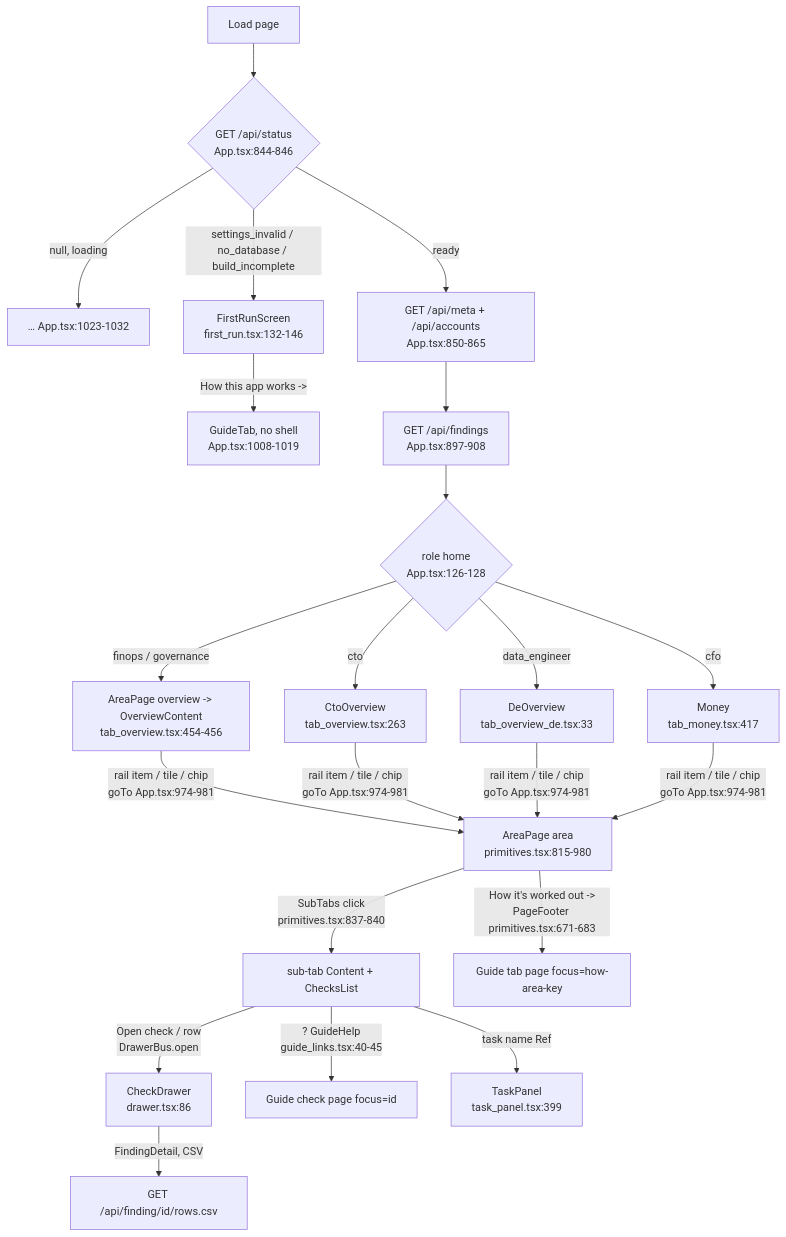
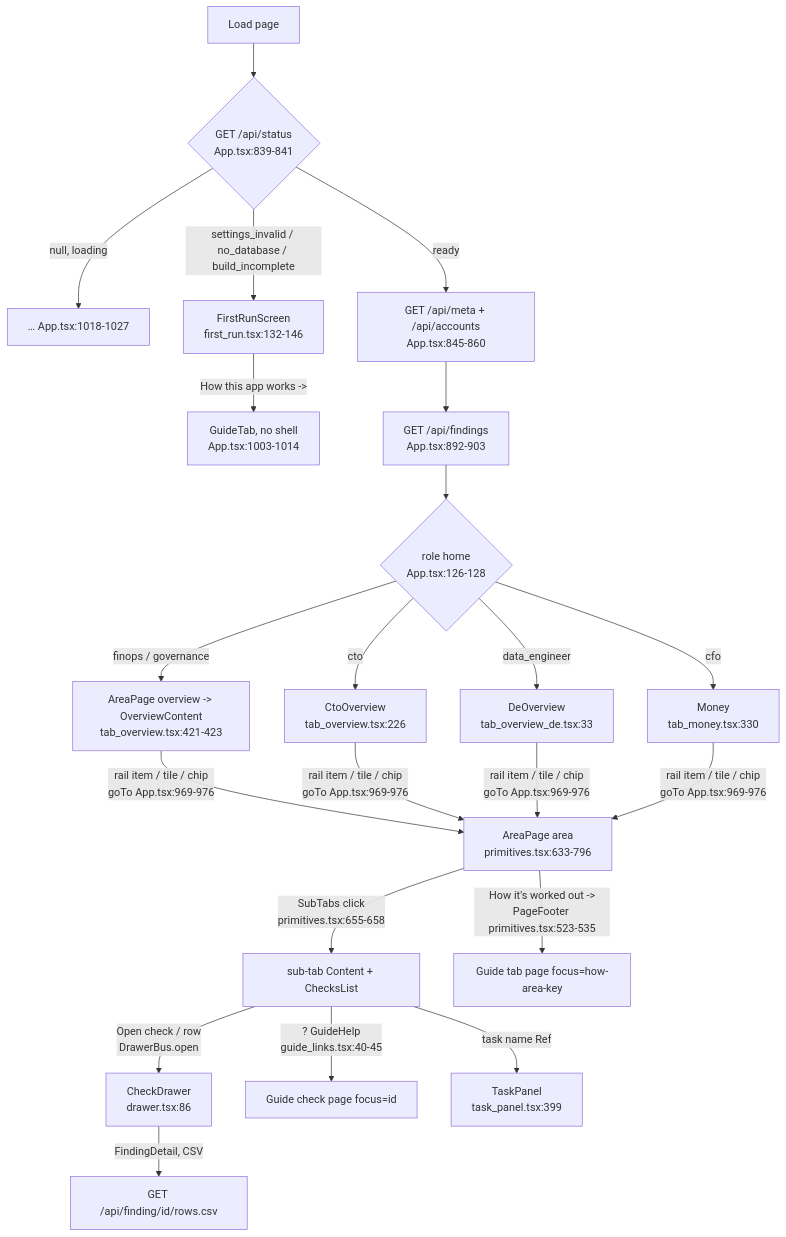
The first of 2 diagrams in snowflake-audit-app-knowledge-graph/flows/ui-navigation.md (darshanmeel/snowflake-audit-app), drawn with Mermaid before and after one commit. The commit also changed other lines of this file and 191 other files, not shown here.

First line of the commit message:
Fix remaining review findings; update graph and docs

````diff
--- a/snowflake-audit-app-knowledge-graph/flows/ui-navigation.md
+++ b/snowflake-audit-app-knowledge-graph/flows/ui-navigation.md
@@ -7,21 +7,21 @@
 ```mermaid
 flowchart TD
-  L[Load page] --> S{GET /api/status<br/>App.tsx:844-846}
-  S -->|null, loading| Dots["…" App.tsx:1023-1032]
+  L[Load page] --> S{GET /api/status<br/>App.tsx:839-841}
+  S -->|null, loading| Dots["…" App.tsx:1018-1027]
   S -->|settings_invalid / no_database / build_incomplete| FR[FirstRunScreen<br/>first_run.tsx:132-146]
-  FR -->|"How this app works ->"| G0[GuideTab, no shell<br/>App.tsx:1008-1019]
-  S -->|ready| M[GET /api/meta + /api/accounts<br/>App.tsx:850-865]
-  M --> F[GET /api/findings<br/>App.tsx:897-908]
+  FR -->|"How this app works ->"| G0[GuideTab, no shell<br/>App.tsx:1003-1014]
+  S -->|ready| M[GET /api/meta + /api/accounts<br/>App.tsx:845-860]
+  M --> F[GET /api/findings<br/>App.tsx:892-903]
   F --> H{role home<br/>App.tsx:126-128}
-  H -->|cfo| MON[Money<br/>tab_money.tsx:417]
-  H -->|cto| CTO[CtoOverview<br/>tab_overview.tsx:263]
+  H -->|cfo| MON[Money<br/>tab_money.tsx:330]
+  H -->|cto| CTO[CtoOverview<br/>tab_overview.tsx:226]
   H -->|data_engineer| DE[DeOverview<br/>tab_overview_de.tsx:33]
-  H -->|finops / governance| OV[AreaPage overview -> OverviewContent<br/>tab_overview.tsx:454-456]
-  OV & CTO & DE & MON -->|rail item / tile / chip<br/>goTo App.tsx:974-981| AREA[AreaPage area<br/>primitives.tsx:815-980]
-  AREA -->|SubTabs click<br/>primitives.tsx:837-840| SUB[sub-tab Content + ChecksList]
+  H -->|finops / governance| OV[AreaPage overview -> OverviewContent<br/>tab_overview.tsx:421-423]
+  OV & CTO & DE & MON -->|rail item / tile / chip<br/>goTo App.tsx:969-976| AREA[AreaPage area<br/>primitives.tsx:633-796]
+  AREA -->|SubTabs click<br/>primitives.tsx:655-658| SUB[sub-tab Content + ChecksList]
   SUB -->|Open check / row<br/>DrawerBus.open| DRW[CheckDrawer<br/>drawer.tsx:86]
   DRW -->|FindingDetail, CSV| CSV[GET /api/finding/id/rows.csv]
   SUB -->|"?" GuideHelp<br/>guide_links.tsx:40-45| GC[Guide check page focus=id]
-  AREA -->|"How it's worked out ->"<br/>PageFooter primitives.tsx:671-683| GA[Guide tab page focus=how-area-key]
+  AREA -->|"How it's worked out ->"<br/>PageFooter primitives.tsx:523-535| GA[Guide tab page focus=how-area-key]
   SUB -->|task name Ref| TP[TaskPanel<br/>task_panel.tsx:399]
 ```
````
